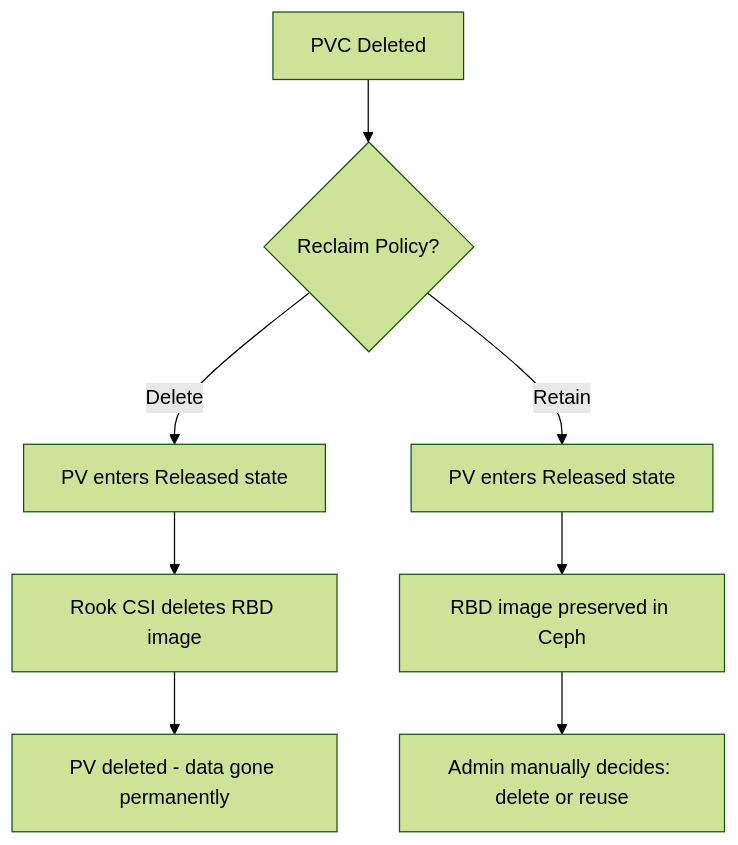
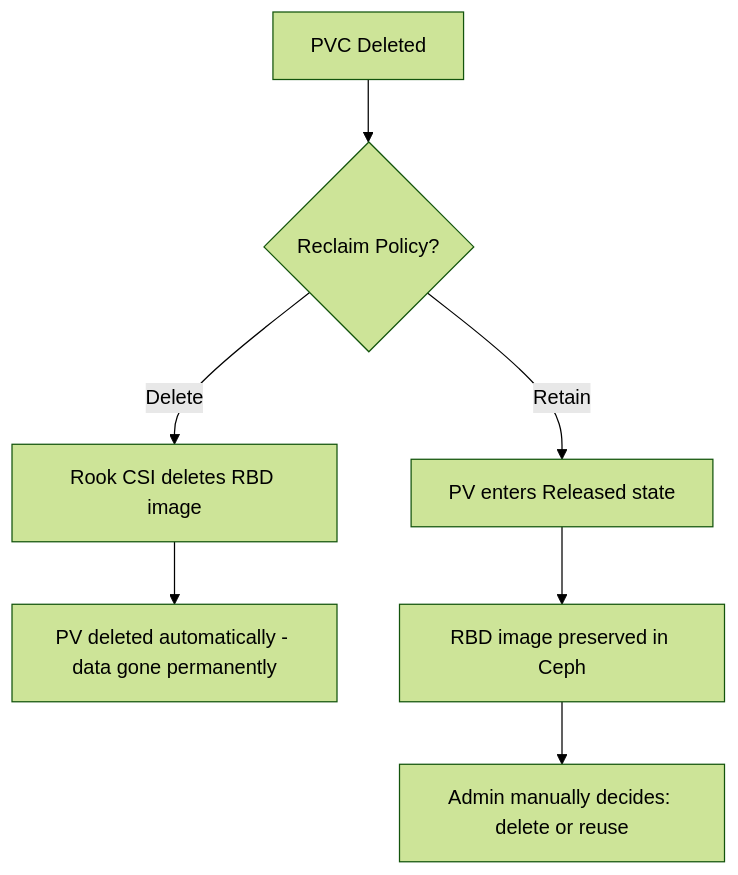
One commit to OneUptime/blog changed the diagram in posts/2026-03-31-rook-rbd-reclaim-policy/README.md. Above: the diagram before and after it, drawn with Mermaid (forest theme). The commit also changed other lines of this file and 2 other files, not shown here.

Commit message:
validate: 2026-03-31-rook-rbd-reclaim-policy

````diff
--- a/posts/2026-03-31-rook-rbd-reclaim-policy/README.md
+++ b/posts/2026-03-31-rook-rbd-reclaim-policy/README.md
@@ -17,10 +17,9 @@
 ```mermaid
 flowchart TD
     A[PVC Deleted] --> B{Reclaim Policy?}
-    B -->|Delete| C[PV enters Released state]
-    C --> D[Rook CSI deletes RBD image]
-    D --> E[PV deleted - data gone permanently]
-    B -->|Retain| F[PV enters Released state]
-    F --> G[RBD image preserved in Ceph]
-    G --> H[Admin manually decides: delete or reuse]
+    B -->|Delete| C[Rook CSI deletes RBD image]
+    C --> D[PV deleted automatically - data gone permanently]
+    B -->|Retain| E[PV enters Released state]
+    E --> F[RBD image preserved in Ceph]
+    F --> G[Admin manually decides: delete or reuse]
 ```
````
